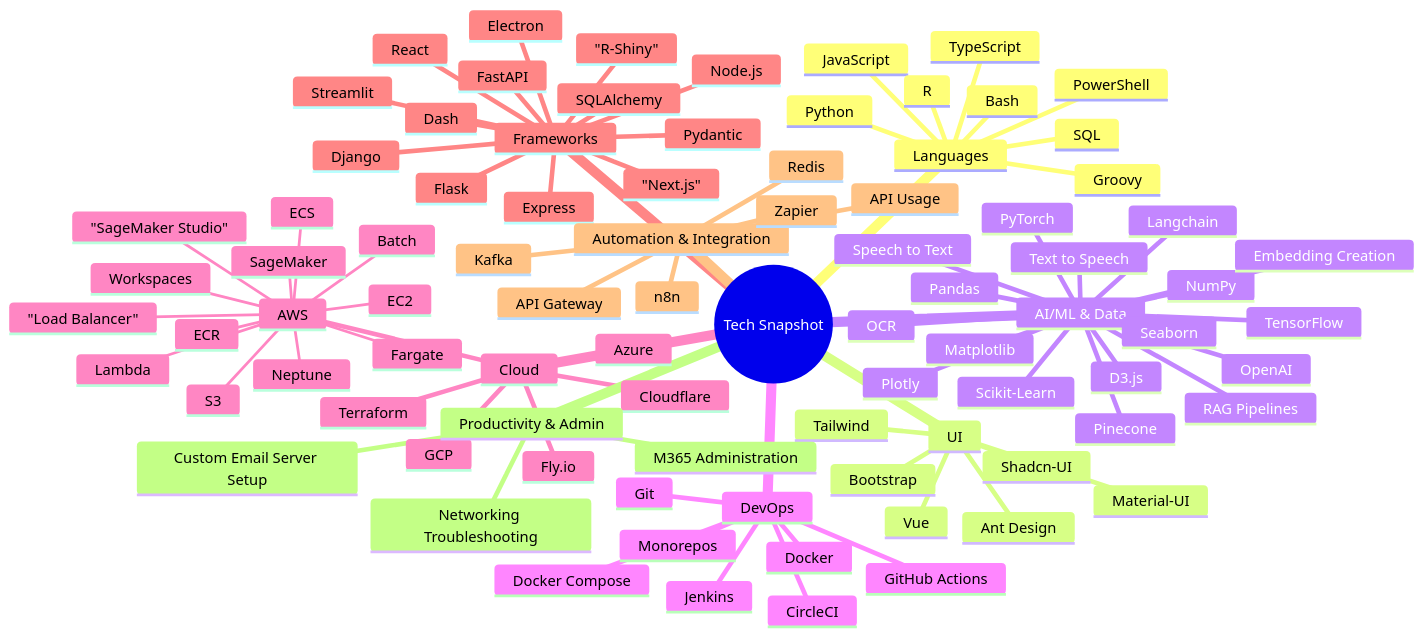
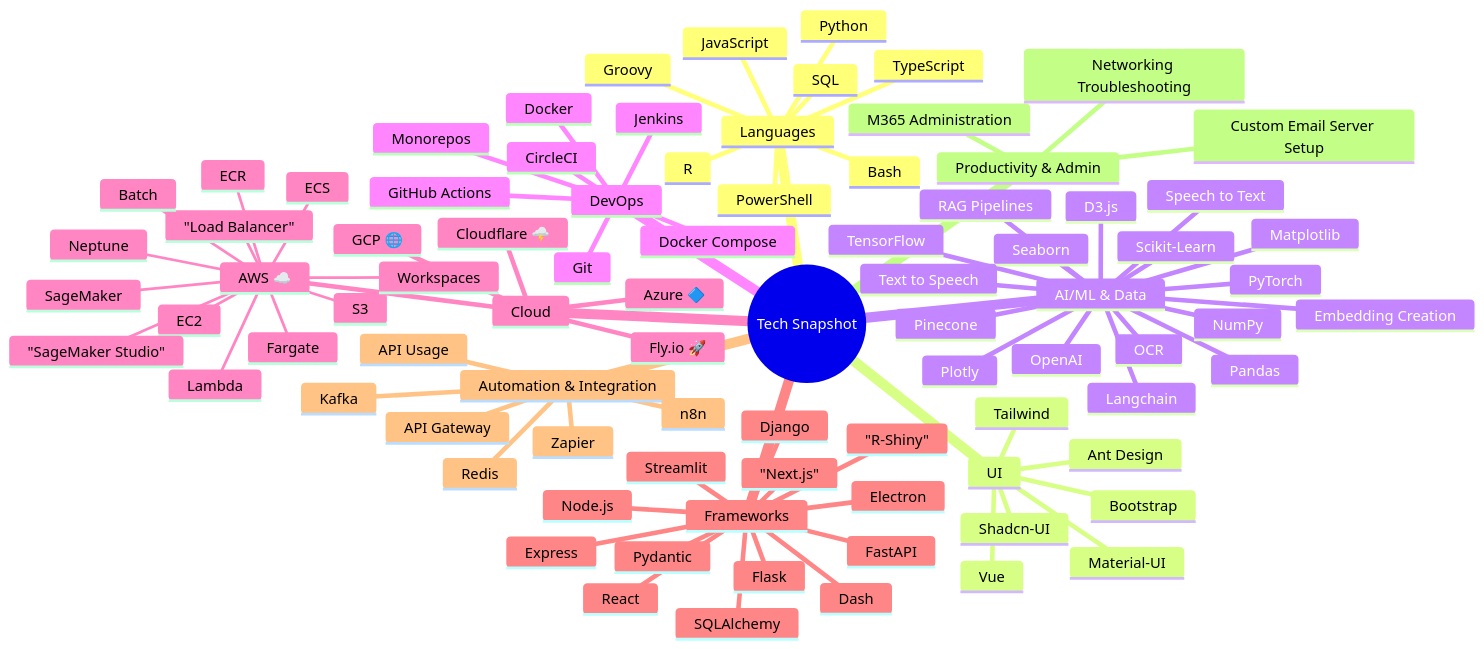
Before and after one commit to Dlola/Dlola: the diagram in README.md, drawn with Mermaid. The commit also changed other lines of this file, not shown here.

```diff
--- a/README.md
+++ b/README.md
@@ -65,8 +66,7 @@
       CircleCI
       Monorepos
     Cloud
-      Terraform
-      AWS
+      AWS ☁️
         EC2
         ECS
         ECR
@@ -79,10 +79,10 @@
         Neptune
         Batch
         Workspaces
-      GCP
-      Azure
-      Fly.io
-      Cloudflare
+      GCP 🌐
+      Azure 🔷
+      Fly.io 🚀
+      Cloudflare 🌩️
     Frameworks
       React
       "Next.js"
```
